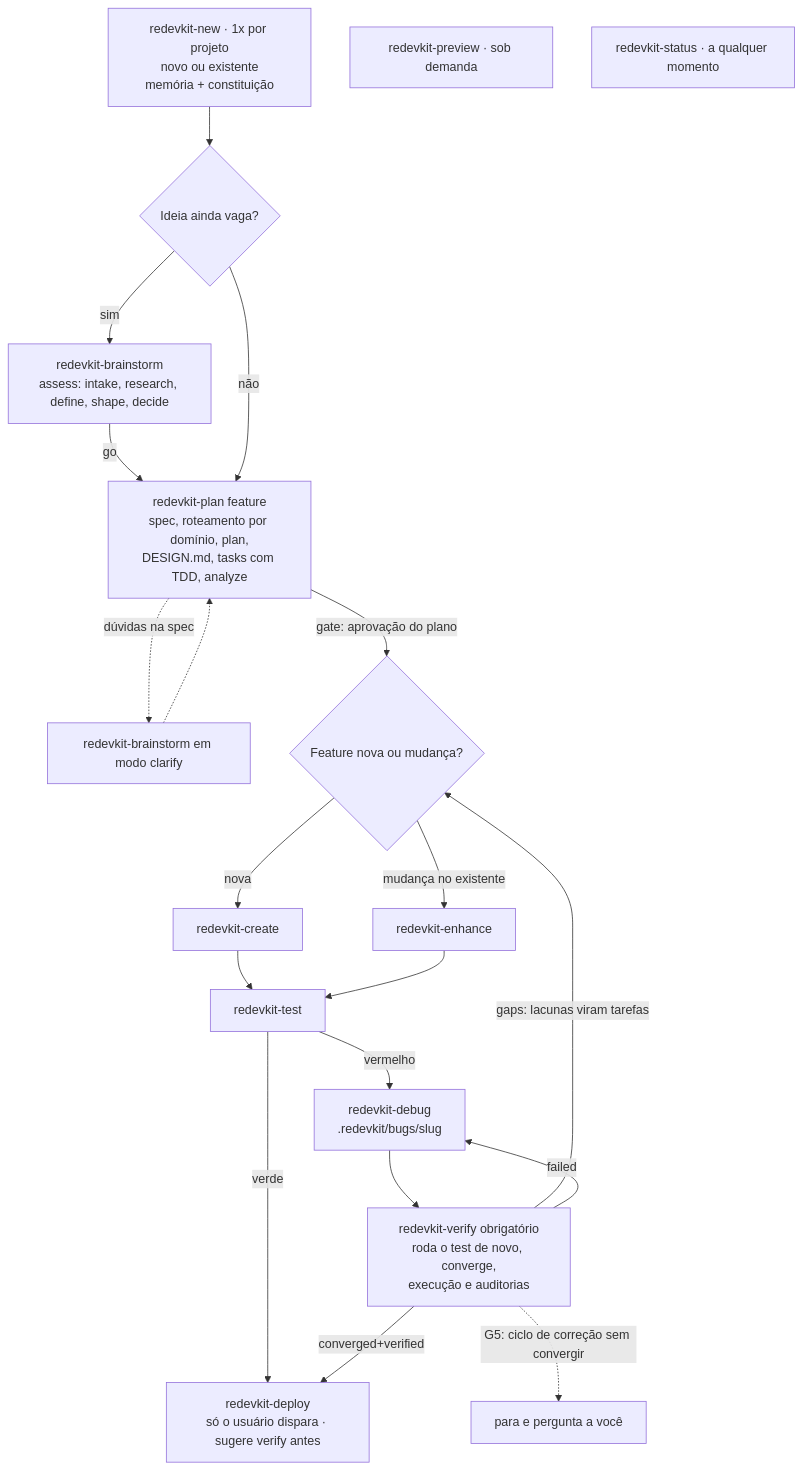
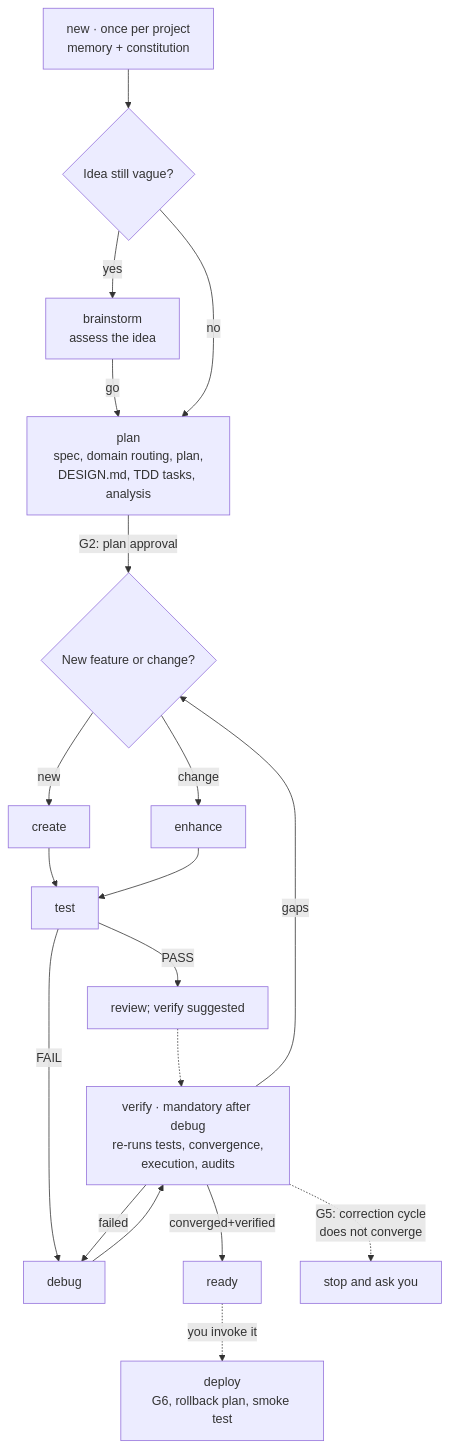
The second of 2 diagrams in README.md (Reprograme/redevkit), drawn with Mermaid before and after one commit. The commit also changed other lines of this file and 6 other files, not shown here.

````diff
--- a/README.md
+++ b/README.md
@@ -92,23 +138,21 @@
 ```mermaid
 flowchart TD
-    NEW["redevkit-new · 1x por projeto<br/>novo ou existente<br/>memória + constituição"] --> Q{"Ideia ainda vaga?"}
-    Q -->|sim| BS["redevkit-brainstorm<br/>assess: intake, research, define, shape, decide"]
+    NEW["new · once per project<br/>memory + constitution"] --> Q{"Idea still vague?"}
+    Q -->|yes| BS["brainstorm<br/>assess the idea"]
     BS -->|go| PLAN
-    Q -->|não| PLAN["redevkit-plan feature<br/>spec, roteamento por domínio, plan,<br/>DESIGN.md, tasks com TDD, analyze"]
-    PLAN -.->|dúvidas na spec| CL["redevkit-brainstorm em modo clarify"]
-    CL -.-> PLAN
-    PLAN -->|gate: aprovação do plano| B{"Feature nova ou mudança?"}
-    B -->|nova| CR["redevkit-create"]
-    B -->|mudança no existente| EN["redevkit-enhance"]
-    CR --> TS["redevkit-test"]
+    Q -->|no| PLAN["plan<br/>spec, domain routing, plan,<br/>DESIGN.md, TDD tasks, analysis"]
+    PLAN -->|"G2: plan approval"| KIND{"New feature or change?"}
+    KIND -->|new| CR["create"]
+    KIND -->|change| EN["enhance"]
+    CR --> TS["test"]
     EN --> TS
-    TS -->|verde| DP["redevkit-deploy<br/>só o usuário dispara · sugere verify antes"]
-    TS -->|vermelho| DB["redevkit-debug<br/>.redevkit/bugs/slug"]
-    DB --> VF["redevkit-verify obrigatório<br/>roda o test de novo, converge,<br/>execução e auditorias"]
-    VF -->|converged+verified| DP
-    VF -->|gaps: lacunas viram tarefas| B
+    TS -->|PASS| DONE["review; verify suggested"]
+    TS -->|FAIL| DB["debug"]
+    DB --> VF["verify · mandatory after debug<br/>re-runs tests, convergence,<br/>execution, audits"]
+    DONE -.-> VF
+    VF -->|gaps| KIND
     VF -->|failed| DB
-    VF -.->|G5: ciclo de correção sem convergir| U["para e pergunta a você"]
-    PV["redevkit-preview · sob demanda"]
-    STS["redevkit-status · a qualquer momento"]
+    VF -->|converged+verified| READY["ready"]
+    VF -.->|"G5: correction cycle<br/>does not converge"| ASK["stop and ask you"]
+    READY -.->|"you invoke it"| DP["deploy<br/>G6, rollback plan, smoke test"]
 ```
````
